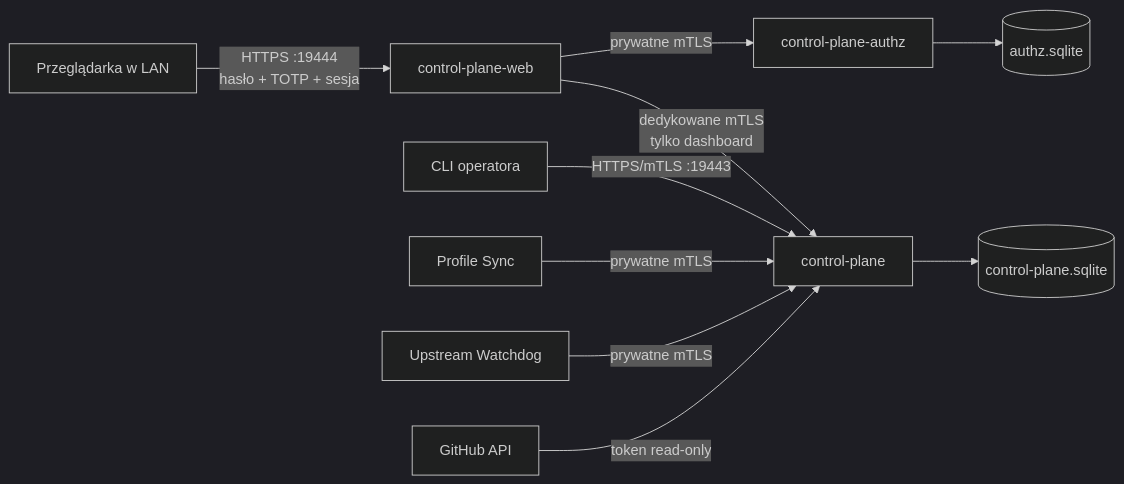
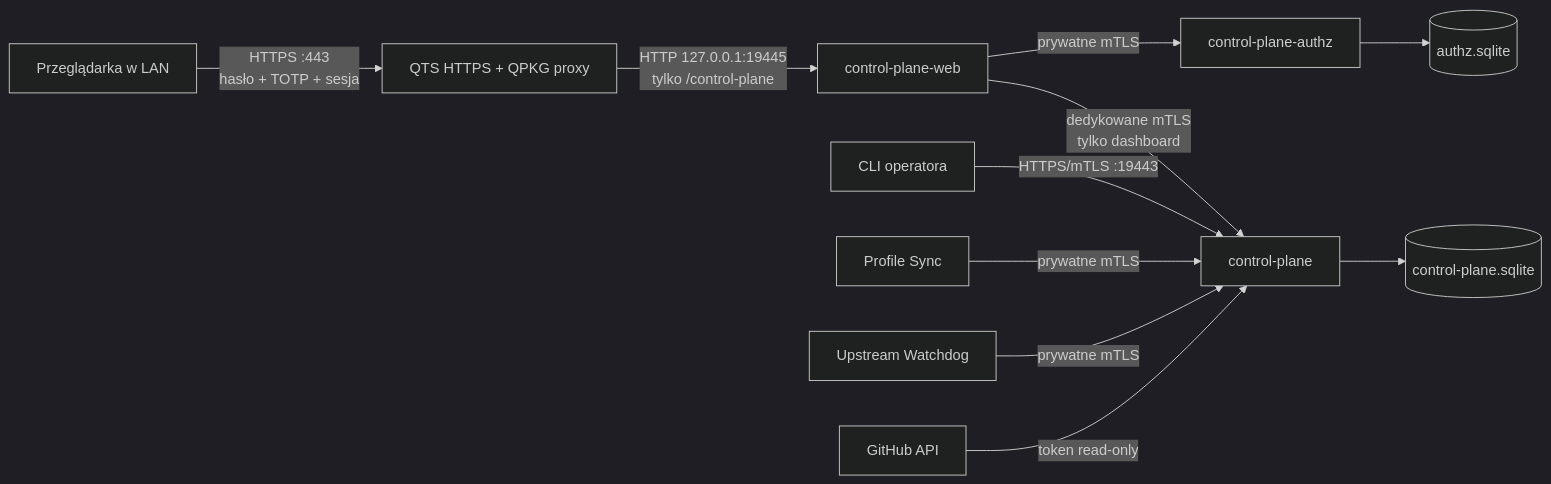
One commit to mwoDevelop/kodi changed the diagram in docs/control-plane/architecture.md. Above: the diagram before and after it, drawn with Mermaid (dark theme). The commit also changed other lines of this file and 16 other files, not shown here.

Commit message:
Route Control Plane browser access through QTS HTTPS (#249)

````diff
--- a/docs/control-plane/architecture.md
+++ b/docs/control-plane/architecture.md
@@ -5,12 +5,13 @@
 ```mermaid
 flowchart LR
-  Browser[Przeglądarka w LAN] -->|HTTPS :19444<br/>hasło + TOTP + sesja| Web[control-plane-web]
+  Browser[Przeglądarka w LAN] -->|HTTPS :443<br/>hasło + TOTP + sesja| QTS[QTS HTTPS + QPKG proxy]
+  QTS -->|HTTP 127.0.0.1:19445<br/>tylko /control-plane| Web[control-plane-web]
   Web -->|dedykowane mTLS<br/>tylko dashboard| Core[control-plane]
   Web -->|prywatne mTLS| Authz[control-plane-authz]
   Operator[CLI operatora] -->|HTTPS/mTLS :19443| Core
   Profile[Profile Sync] -->|prywatne mTLS| Core
   Watchdog[Upstream Watchdog] -->|prywatne mTLS| Core
   GitHub[GitHub API] -->|token read-only| Core
   Authz --> AuthDB[(authz.sqlite)]
   Core --> CoreDB[(control-plane.sqlite)]
 ```
````
